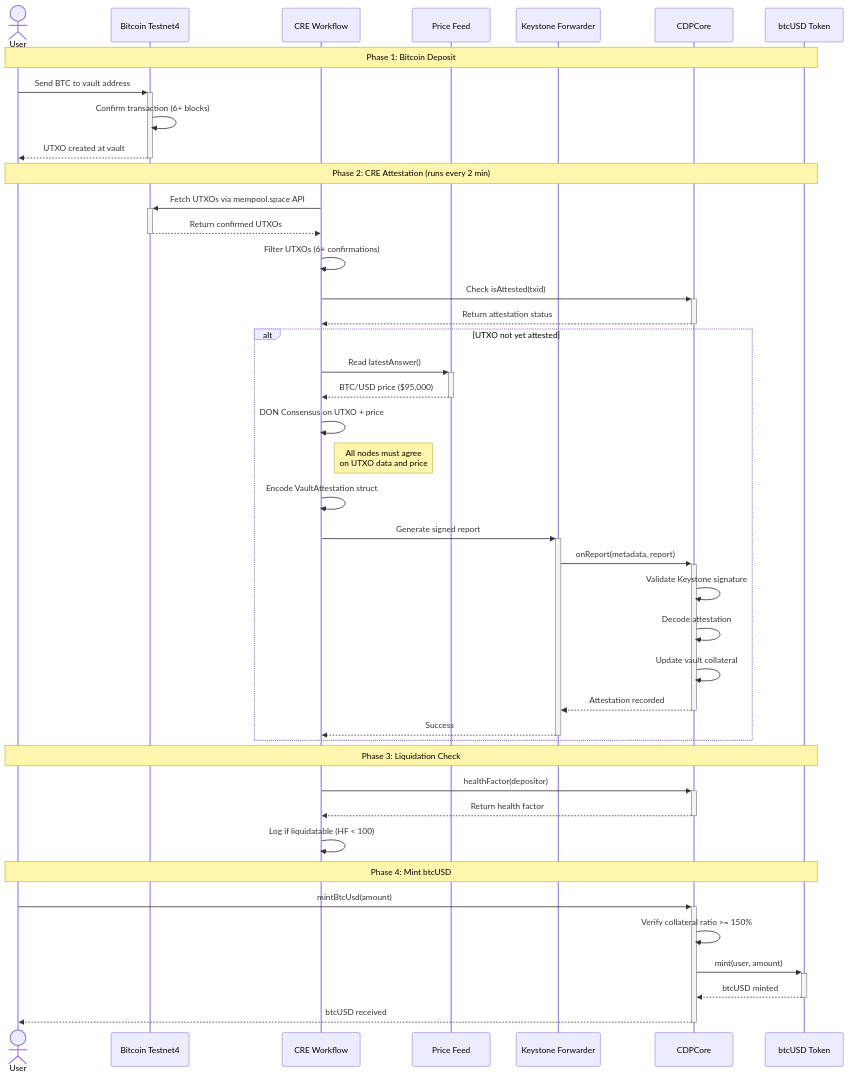
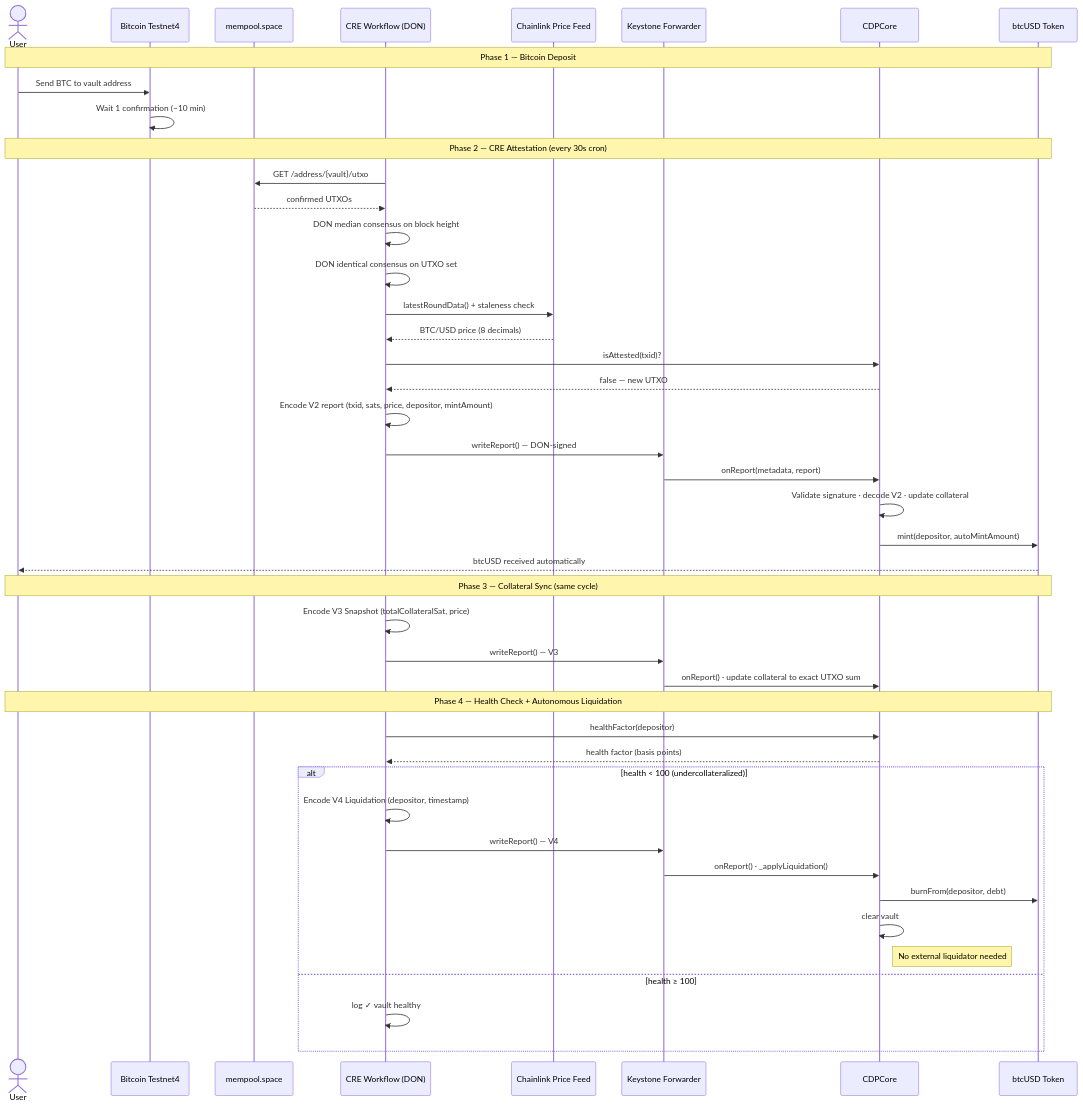
One commit to FrankiePower/bitcoin-backed changed the second of 2 diagrams in README.md. Above: the diagram before and after it, drawn with Mermaid. The commit also changed other lines of this file and 1 other file, not shown here.

````diff
--- a/README.md
+++ b/README.md
@@ -83,52 +91,52 @@
 ```mermaid
 sequenceDiagram
     actor User
     participant BTC as Bitcoin Testnet4
-    participant CRE as CRE Workflow
-    participant PF as Price Feed
+    participant MP as mempool.space
+    participant CRE as CRE Workflow (DON)
+    participant PF as Chainlink Price Feed
     participant KF as Keystone Forwarder
     participant CDP as CDPCore
     participant Token as btcUSD Token
 
-    Note over User,Token: Phase 1: Bitcoin Deposit
-    User->>+BTC: Send BTC to vault address
-    BTC->>BTC: Confirm transaction (6+ blocks)
-    BTC-->>-User: UTXO created at vault
+    Note over User,Token: Phase 1 — Bitcoin Deposit
+    User->>BTC: Send BTC to vault address
+    BTC->>BTC: Wait 1 confirmation (~10 min)
 
-    Note over User,Token: Phase 2: CRE Attestation (runs every 2 min)
-    CRE->>+BTC: Fetch UTXOs via mempool.space API
-    BTC-->>-CRE: Return confirmed UTXOs
+    Note over User,Token: Phase 2 — CRE Attestation (every 30s cron)
+    CRE->>MP: GET /address/{vault}/utxo
+    MP-->>CRE: confirmed UTXOs
+    CRE->>CRE: DON median consensus on block height
+    CRE->>CRE: DON identical consensus on UTXO set
+    CRE->>PF: latestRoundData() + staleness check
+    PF-->>CRE: BTC/USD price (8 decimals)
+    CRE->>CDP: isAttested(txid)?
+    CDP-->>CRE: false — new UTXO
 
-    CRE->>CRE: Filter UTXOs (6+ confirmations)
-    CRE->>+CDP: Check isAttested(txid)
-    CDP-->>-CRE: Return attestation status
+    CRE->>CRE: Encode V2 report (txid, sats, price, depositor, mintAmount)
+    CRE->>KF: writeReport() — DON-signed
+    KF->>CDP: onReport(metadata, report)
+    CDP->>CDP: Validate signature · decode V2 · update collateral
+    CDP->>Token: mint(depositor, autoMintAmount)
+    Token-->>User: btcUSD received automatically
 
-    alt UTXO not yet attested
-        CRE->>+PF: Read latestAnswer()
-        PF-->>-CRE: BTC/USD price ($95,000)
+    Note over User,Token: Phase 3 — Collateral Sync (same cycle)
+    CRE->>CRE: Encode V3 Snapshot (totalCollateralSat, price)
+    CRE->>KF: writeReport() — V3
+    KF->>CDP: onReport() · update collateral to exact UTXO sum
 
-        CRE->>CRE: DON Consensus on UTXO + price
-        Note right of CRE: All nodes must agree<br/>on UTXO data and price
+    Note over User,Token: Phase 4 — Health Check + Autonomous Liquidation
+    CRE->>CDP: healthFactor(depositor)
+    CDP-->>CRE: health factor (basis points)
 
-        CRE->>CRE: Encode VaultAttestation struct
-        CRE->>+KF: Generate signed report
-        KF->>+CDP: onReport(metadata, report)
-        CDP->>CDP: Validate Keystone signature
-        CDP->>CDP: Decode attestation
-        CDP->>CDP: Update vault collateral
-        CDP-->>-KF: Attestation recorded
-        KF-->>-CRE: Success
+    alt health < 100 (undercollateralized)
+        CRE->>CRE: Encode V4 Liquidation (depositor, timestamp)
+        CRE->>KF: writeReport() — V4
+        KF->>CDP: onReport() · _applyLiquidation()
+        CDP->>Token: burnFrom(depositor, debt)
+        CDP->>CDP: clear vault
+        Note right of CDP: No external liquidator needed
+    else health ≥ 100
+        CRE->>CRE: log ✓ vault healthy
     end
-
-    Note over User,Token: Phase 3: Liquidation Check
-    CRE->>+CDP: healthFactor(depositor)
-    CDP-->>-CRE: Return health factor
-    CRE->>CRE: Log if liquidatable (HF < 100)
-
-    Note over User,Token: Phase 4: Mint btcUSD
-    User->>+CDP: mintBtcUsd(amount)
-    CDP->>CDP: Verify collateral ratio >= 150%
-    CDP->>+Token: mint(user, amount)
-    Token-->>-CDP: btcUSD minted
-    CDP-->>-User: btcUSD received
 ```
````
